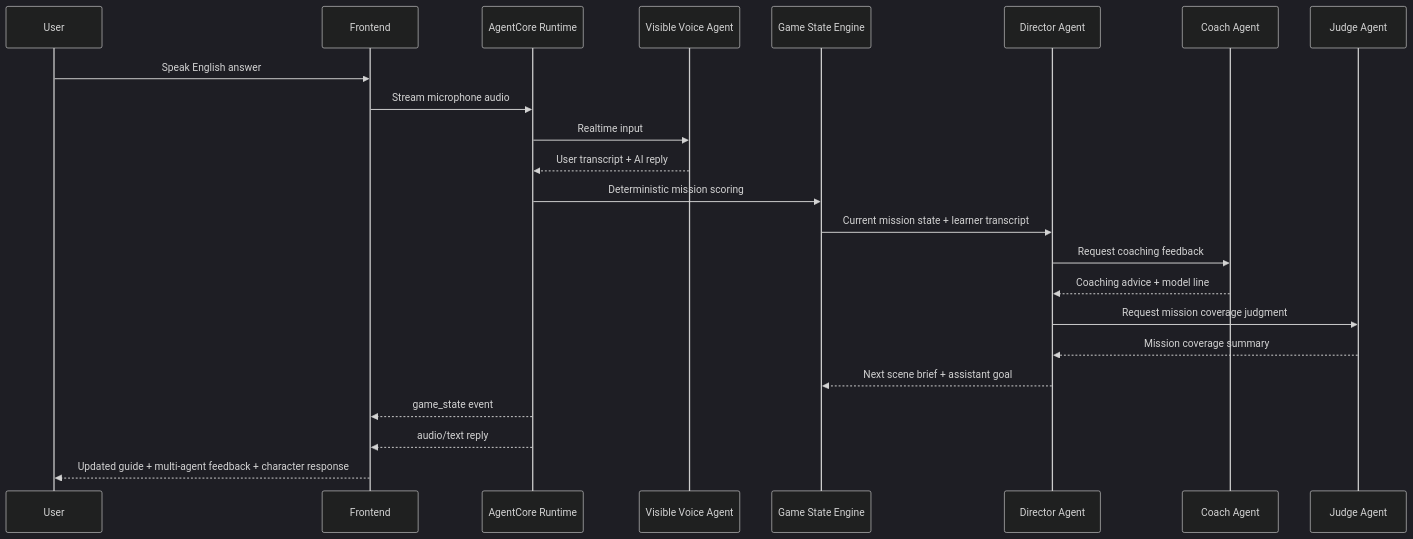
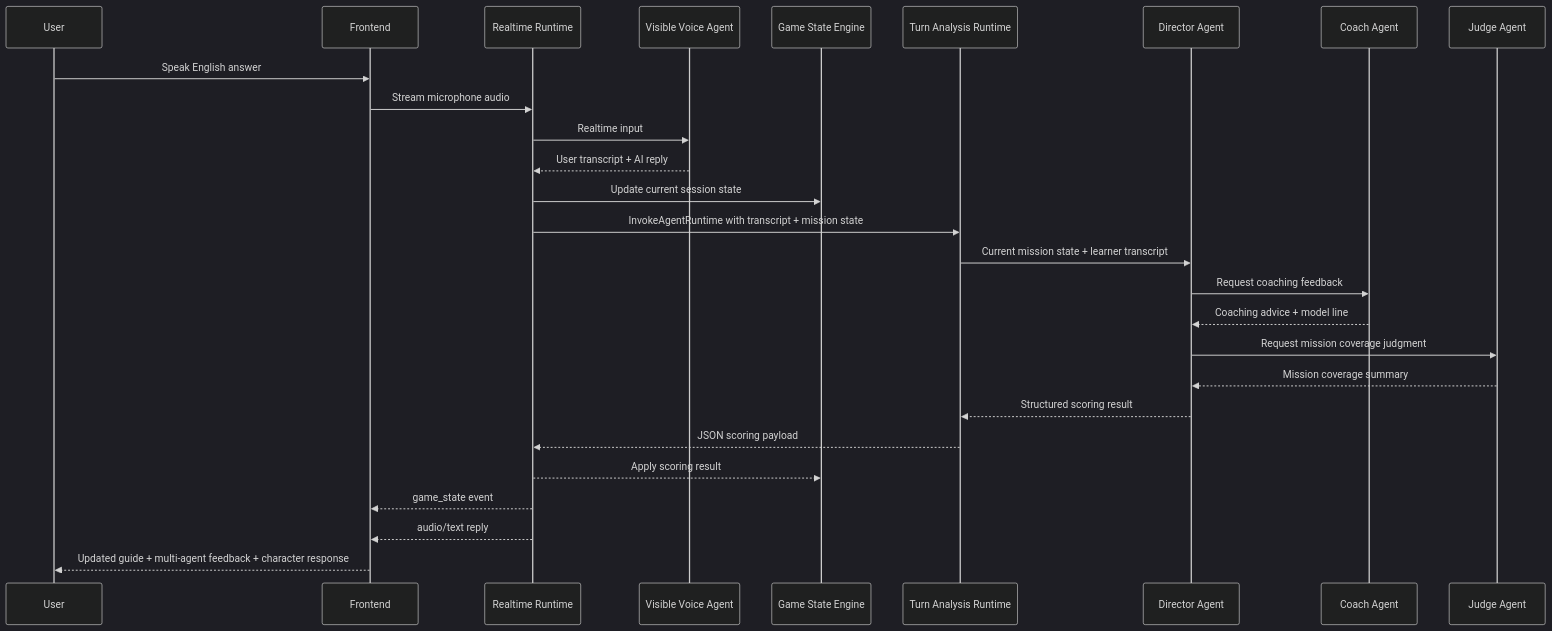
Before and after one commit to wongcyrus/amazon-nova-sonic-2-dating-agents: the second of 2 diagrams in README.md, drawn with Mermaid (dark theme). The commit also changed other lines of this file and 19 other files, not shown here.

````diff
--- a/README.md
+++ b/README.md
@@ -138,26 +365,30 @@
 ```mermaid
 sequenceDiagram
     participant U as User
     participant F as Frontend
-    participant R as AgentCore Runtime
+    participant R as Realtime Runtime
     participant V as Visible Voice Agent
     participant G as Game State Engine
+    participant A as Turn Analysis Runtime
     participant D as Director Agent
     participant C as Coach Agent
     participant J as Judge Agent
 
     U->>F: Speak English answer
     F->>R: Stream microphone audio
     R->>V: Realtime input
     V-->>R: User transcript + AI reply
-    R->>G: Deterministic mission scoring
-    G->>D: Current mission state + learner transcript
+    R->>G: Update current session state
+    R->>A: InvokeAgentRuntime with transcript + mission state
+    A->>D: Current mission state + learner transcript
     D->>C: Request coaching feedback
     C-->>D: Coaching advice + model line
     D->>J: Request mission coverage judgment
     J-->>D: Mission coverage summary
-    D-->>G: Next scene brief + assistant goal
+    D-->>A: Structured scoring result
+    A-->>R: JSON scoring payload
+    R-->>G: Apply scoring result
     R-->>F: game_state event
     R-->>F: audio/text reply
     F-->>U: Updated guide + multi-agent feedback + character response
 ```
````
